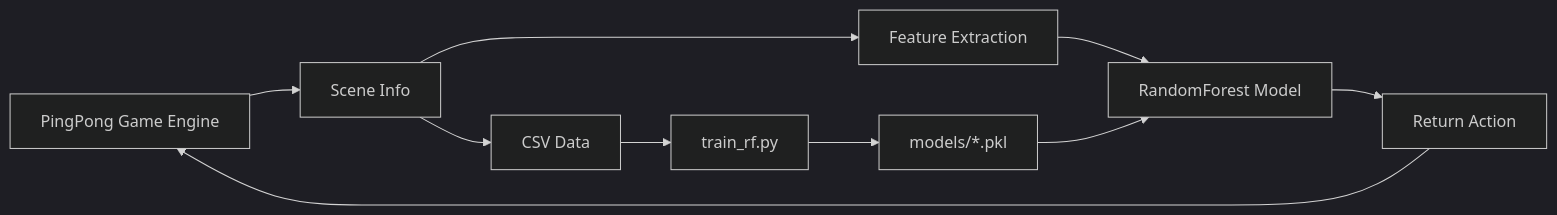
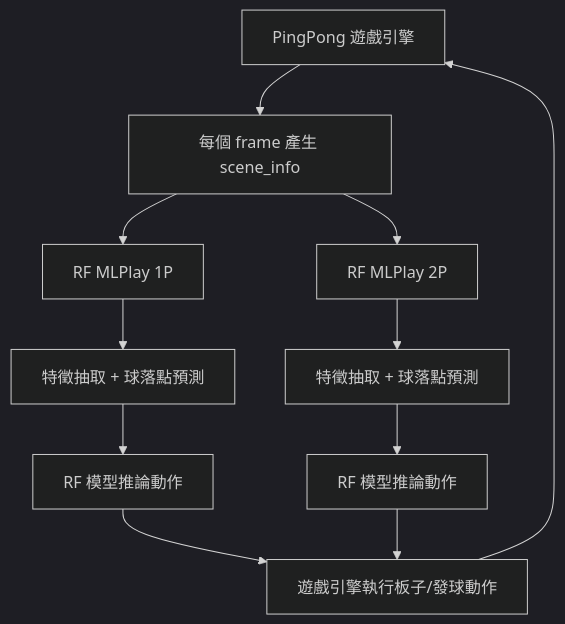
One commit to jerry930829/ML_pingpong changed the third of 3 diagrams in README.md. Above: the diagram before and after it, drawn with Mermaid (dark theme). The commit also changed other lines of this file, not shown here.

````diff
--- a/README.md
+++ b/README.md
@@ -119,22 +160,16 @@
 ```mermaid
-flowchart LR
-  Game[PingPong Game Engine]
-  Scene[Scene Info]
-  Features[Feature Extraction]
-  RFModel[RandomForest Model]
-  Action[Return Action]
-  CSV[CSV Data]
-  Trainer[train_rf.py]
-  Models[models/*.pkl]
+flowchart TD
+    A[PingPong 遊戲引擎] --> B[每個 frame 產生 scene_info]
+    B --> C1[RF MLPlay 1P]
+    B --> C2[RF MLPlay 2P]
 
-  Game --> Scene
-  Scene --> Features
-  Features --> RFModel
-  RFModel --> Action
-  Action --> Game
+    C1 --> D1[特徵抽取 + 球落點預測]
+    C2 --> D2[特徵抽取 + 球落點預測]
 
-  Scene --> CSV
-  CSV --> Trainer
-  Trainer --> Models
-  Models --> RFModel
+    D1 --> E1[RF 模型推論動作]
+    D2 --> E2[RF 模型推論動作]
+
+    E1 --> F[遊戲引擎執行板子/發球動作]
+    E2 --> F
+    F --> A
 ```
````
